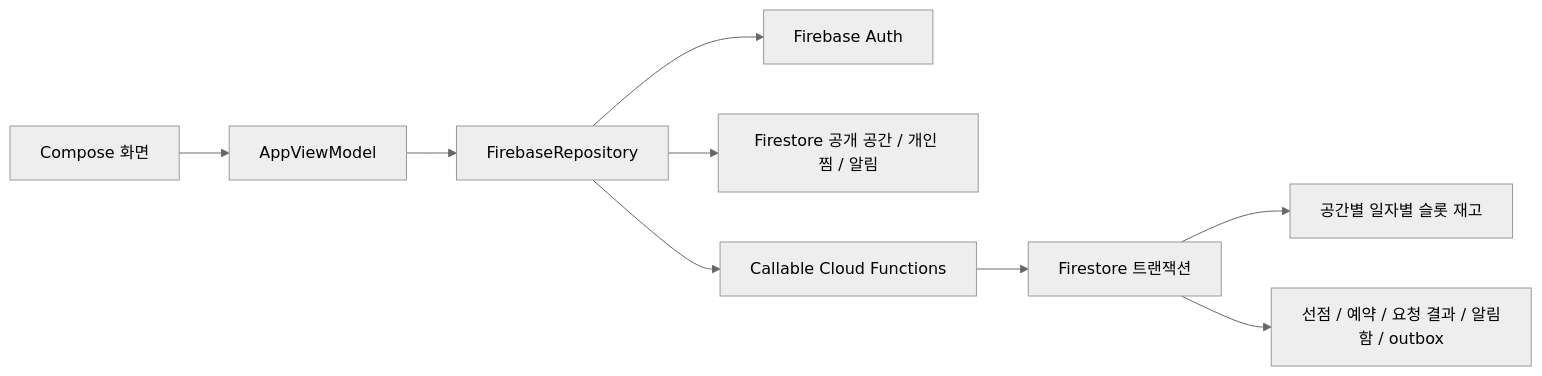
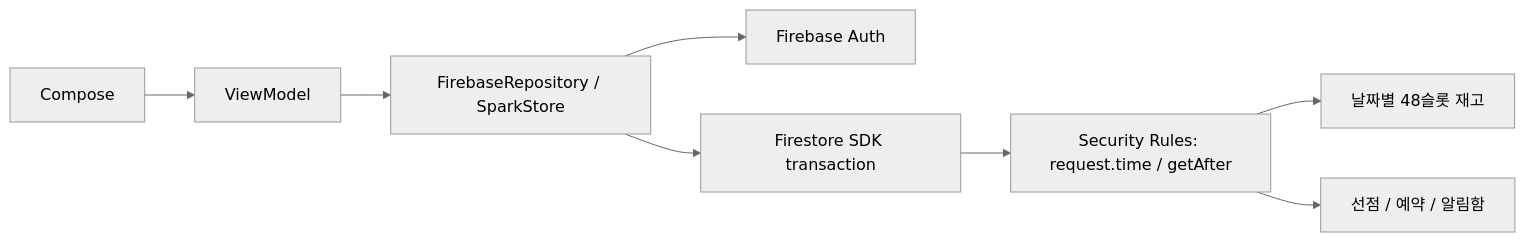
The diagram in README.md (jinbot0221/little-space-android), drawn with Mermaid (neutral theme) before and after one commit. The commit also changed other lines of this file and 32 other files, not shown here.

Commit message:
feat: migrate bookings to Firebase Spark transactions and rules

````diff
--- a/README.md
+++ b/README.md
@@ -24,11 +33,10 @@
 ```mermaid
 flowchart LR
-    UI[Compose 화면] --> VM[AppViewModel]
-    VM --> R[FirebaseRepository]
-    R --> A[Firebase Auth]
-    R --> DB[Firestore 공개 공간 / 개인 찜 / 알림]
-    R --> CF[Callable Cloud Functions]
-    CF --> T[Firestore 트랜잭션]
-    T --> I[공간별 일자별 슬롯 재고]
-    T --> B[선점 / 예약 / 요청 결과 / 알림함 / outbox]
+  UI[Compose] --> VM[ViewModel]
+  VM --> REPO[FirebaseRepository / SparkStore]
+  REPO --> AUTH[Firebase Auth]
+  REPO --> TX[Firestore SDK transaction]
+  TX --> RULES[Security Rules: request.time / getAfter]
+  RULES --> INV[날짜별 48슬롯 재고]
+  RULES --> DATA[선점 / 예약 / 알림함]
 ```
````
